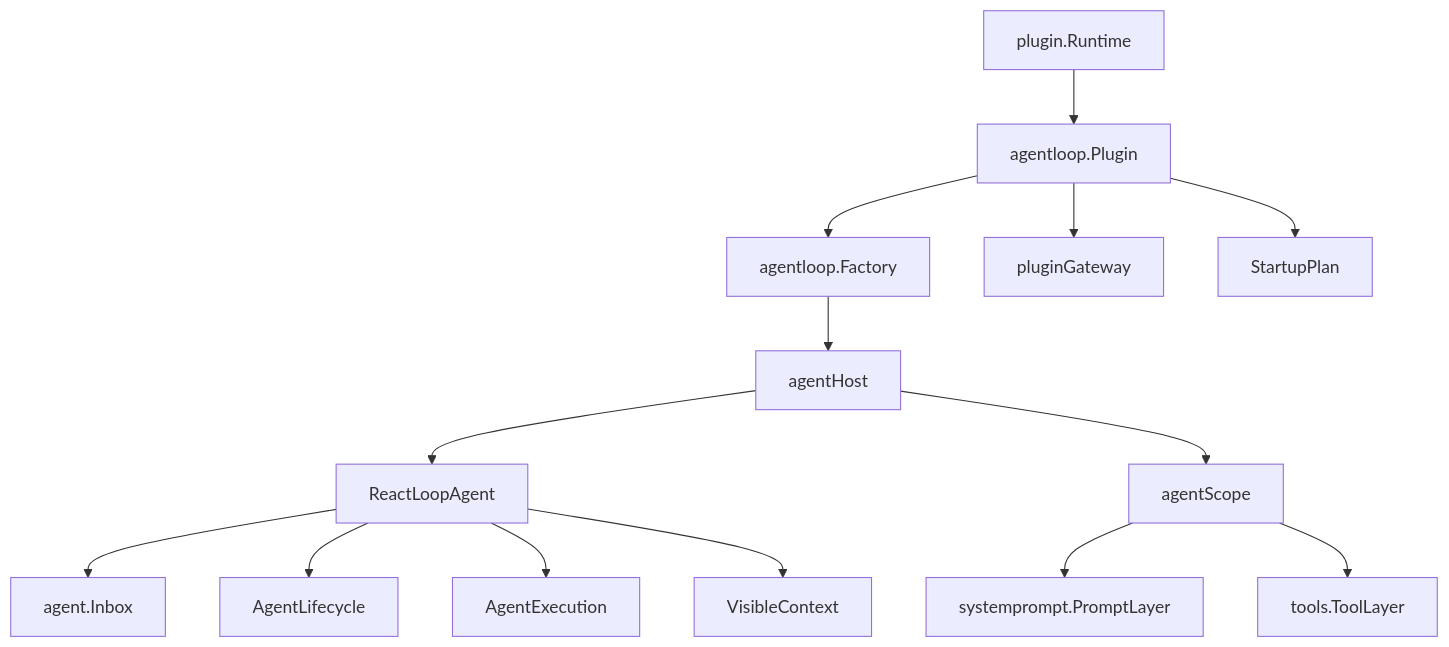
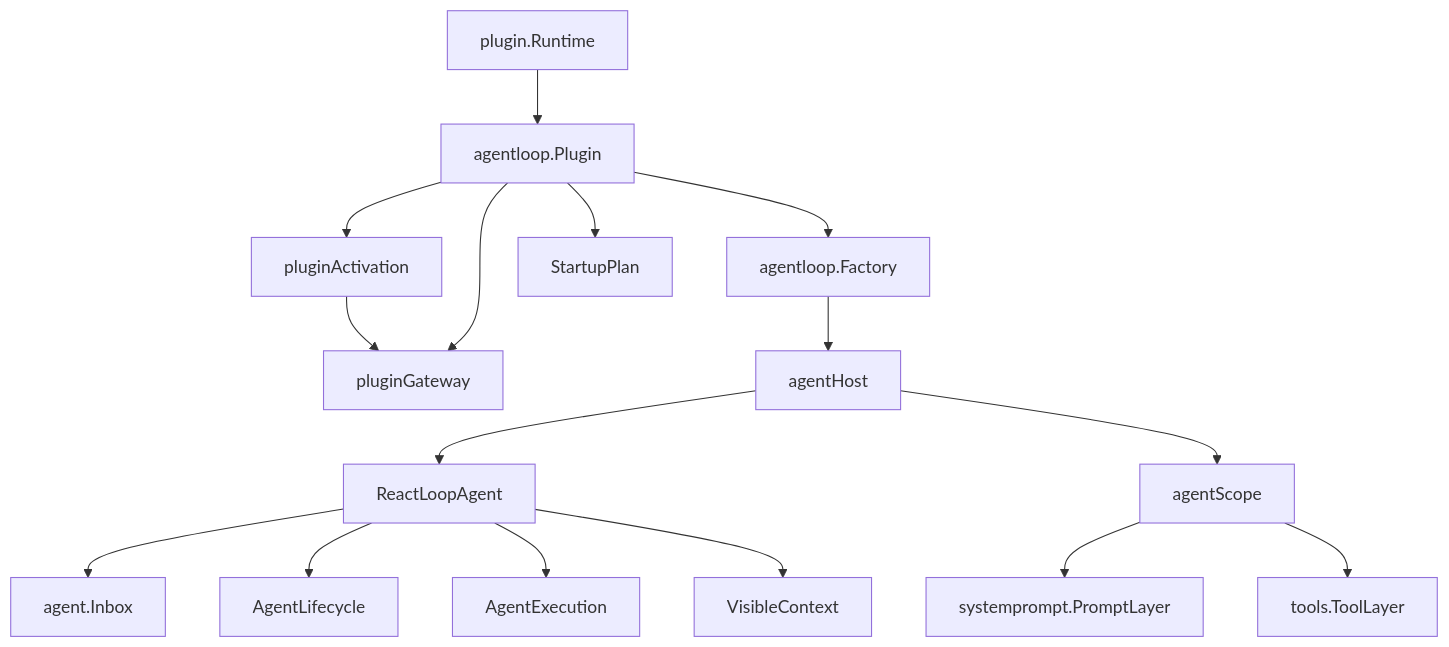
Before and after one commit to gorenx/goren: the first of 7 diagrams in zh-CN/15-agent-loop-and-request-driver.md, drawn with Mermaid. The commit also changed other lines of this file and 13 other files, not shown here.

````diff
--- a/zh-CN/15-agent-loop-and-request-driver.md
+++ b/zh-CN/15-agent-loop-and-request-driver.md
@@ -67,16 +67,18 @@
 ```mermaid
 flowchart TD
     Runtime[plugin.Runtime] --> Root[agentloop.Plugin]
+    Root --> Activation[pluginActivation]
+    Activation --> Gateway[pluginGateway]
     Root --> Factory[agentloop.Factory]
     Root --> Gateway[pluginGateway]
     Root --> Startup[StartupPlan]
     Factory --> Host[agentHost]
     Host --> Agent[ReactLoopAgent]
     Host --> Scope[agentScope]
     Scope --> Prompt[systemprompt.PromptLayer]
     Scope --> Tools[tools.ToolLayer]
     Agent --> Inbox[agent.Inbox]
     Agent --> Lifecycle[AgentLifecycle]
     Agent --> Execution[AgentExecution]
     Agent --> Visible[VisibleContext]
 ```
````
